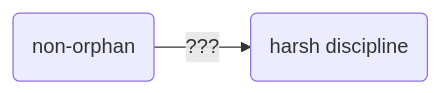
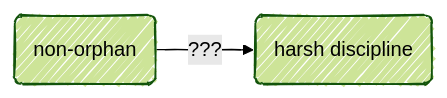
The diagram in orphan/diagrams.md (agrogan1/closeread), drawn with Mermaid before and after one commit.

````diff
--- a/orphan/diagrams.md
+++ b/orphan/diagrams.md
@@ -1,12 +1,9 @@
 ```mermaid
-%%{
-  init: {
-    'theme': 'default',
-    'look': 'handDrawn',
-    }
-  }
-}%%
-
+---
+config:
+  look: handDrawn
+  theme: forest
+---
 flowchart LR
   nonorphan(non-orphan) --> |"???"| harshdiscipline(harsh discipline)
 ```
````
